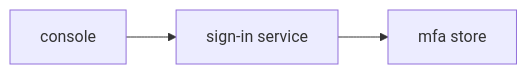
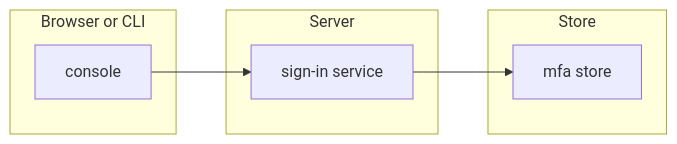
The fourth of 4 diagrams in openspec/changes/mfa/design.md (OpenDustpan/OpenDustpan), drawn with Mermaid before and after one commit. The commit also changed other lines of this file and 23 other files, not shown here.

````diff
--- a/openspec/changes/mfa/design.md
+++ b/openspec/changes/mfa/design.md
@@ -69,5 +69,14 @@
 ```mermaid
 flowchart LR
- C[console] --> S[sign-in service]
- S --> M[mfa store]
+ subgraph Client[Browser or CLI]
+ C[console]
+ end
+ subgraph Server[Server]
+ S[sign-in service]
+ end
+ subgraph Store[Store]
+ M[mfa store]
+ end
+ C --> S
+ S --> M
 ```
````
